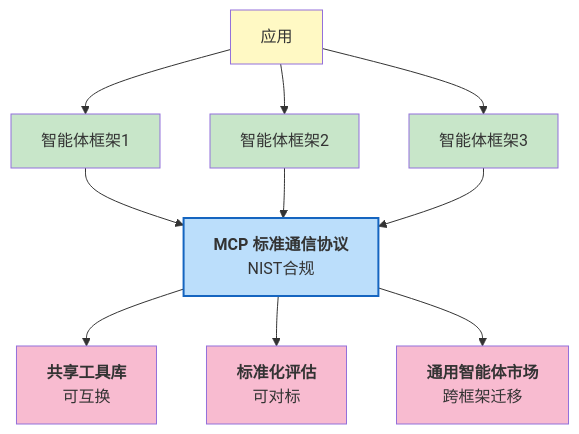
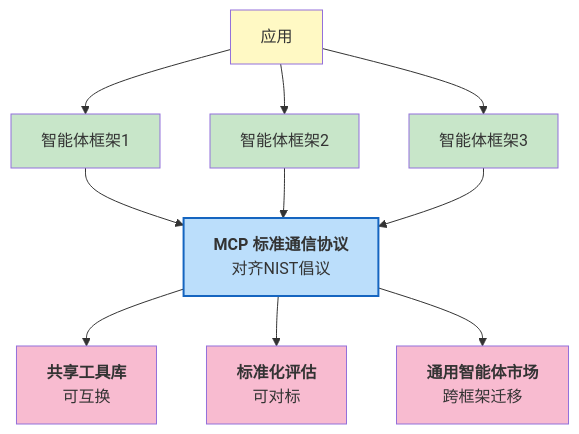
One commit to yeasy/harness_engineering_guide changed the fourth of 5 diagrams in 14_future/14.2_standardization.md. Above: the diagram before and after it, drawn with Mermaid. The commit also changed other lines of this file and 57 other files, not shown here.

````diff
--- a/14_future/14.2_standardization.md
+++ b/14_future/14.2_standardization.md
@@ -334,23 +334,23 @@
 ```mermaid
 graph TD
     A["应用"] --> B["智能体框架1"]
     A --> C["智能体框架2"]
     A --> D["智能体框架3"]
 
-    B --> E["<b>MCP 标准通信协议</b><br/>NIST合规"]
+    B --> E["<b>MCP 标准通信协议</b><br/>对齐NIST倡议"]
     C --> E
     D --> E
 
     E --> F["<b>共享工具库</b><br/>可互换"]
     E --> G["<b>标准化评估</b><br/>可对标"]
     E --> H["<b>通用智能体市场</b><br/>跨框架迁移"]
 
     style A fill:#fff9c4
     style B fill:#c8e6c9
     style C fill:#c8e6c9
     style D fill:#c8e6c9
     style E fill:#bbdefb,stroke:#1565c0,stroke-width:2px
     style F fill:#f8bbd0
     style G fill:#f8bbd0
     style H fill:#f8bbd0
 ```
````
